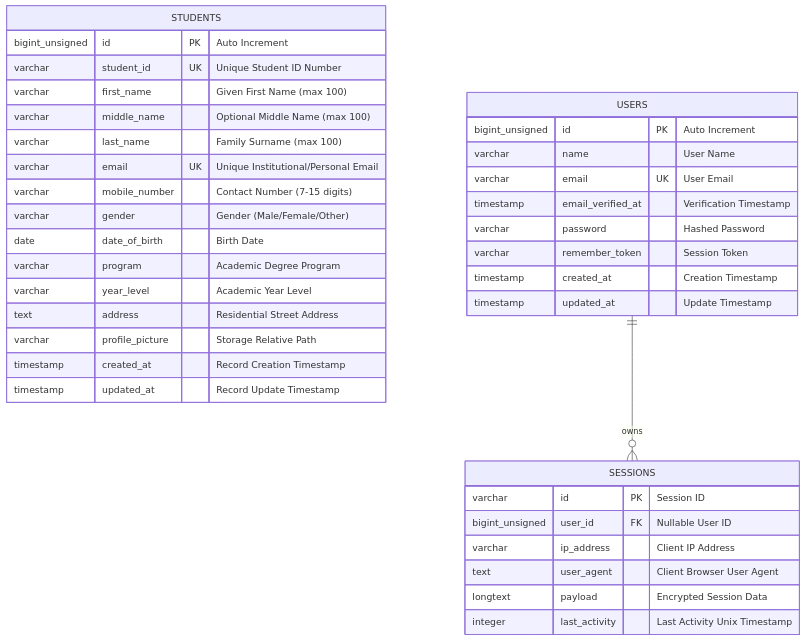
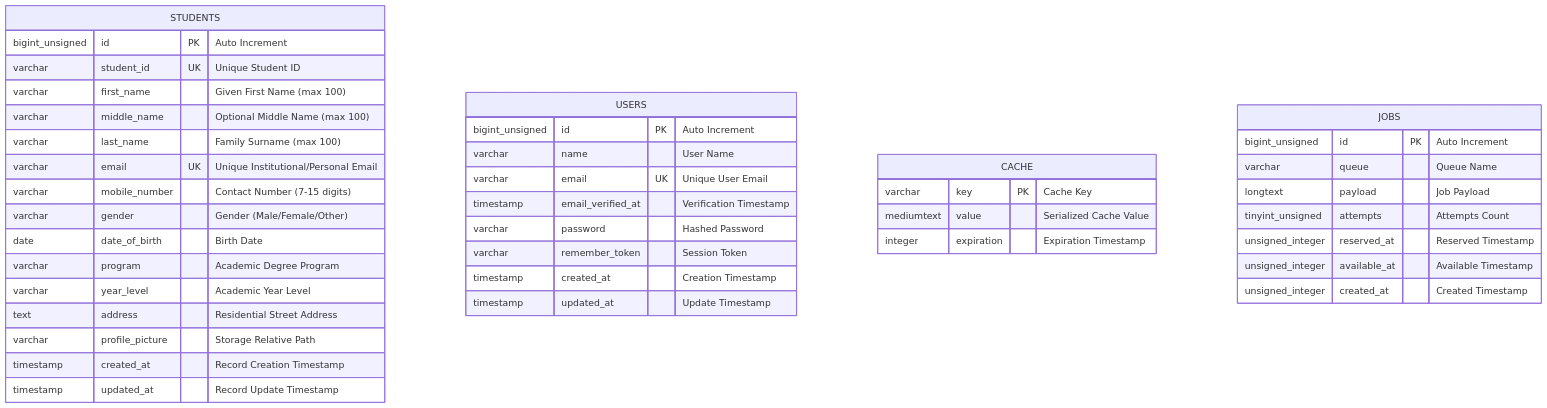
One commit to justinplantilla/mp03-student-registration-system changed the diagram in documentation/DATABASE_ERD.md. Above: the diagram before and after it, drawn with Mermaid. The commit also changed other lines of this file and 10 other files, not shown here.

````diff
--- a/documentation/DATABASE_ERD.md
+++ b/documentation/DATABASE_ERD.md
@@ -7,42 +7,47 @@
 ```mermaid
 erDiagram
     STUDENTS {
         bigint_unsigned id PK "Auto Increment"
-        varchar student_id UK "Unique Student ID Number"
+        varchar student_id UK "Unique Student ID"
         varchar first_name "Given First Name (max 100)"
         varchar middle_name "Optional Middle Name (max 100)"
         varchar last_name "Family Surname (max 100)"
         varchar email UK "Unique Institutional/Personal Email"
         varchar mobile_number "Contact Number (7-15 digits)"
         varchar gender "Gender (Male/Female/Other)"
         date date_of_birth "Birth Date"
         varchar program "Academic Degree Program"
         varchar year_level "Academic Year Level"
         text address "Residential Street Address"
         varchar profile_picture "Storage Relative Path"
         timestamp created_at "Record Creation Timestamp"
         timestamp updated_at "Record Update Timestamp"
     }
 
     USERS {
         bigint_unsigned id PK "Auto Increment"
         varchar name "User Name"
-        varchar email UK "User Email"
+        varchar email UK "Unique User Email"
         timestamp email_verified_at "Verification Timestamp"
         varchar password "Hashed Password"
         varchar remember_token "Session Token"
         timestamp created_at "Creation Timestamp"
         timestamp updated_at "Update Timestamp"
     }
 
-    SESSIONS {
-        varchar id PK "Session ID"
-        bigint_unsigned user_id FK "Nullable User ID"
-        varchar ip_address "Client IP Address"
-        text user_agent "Client Browser User Agent"
-        longtext payload "Encrypted Session Data"
-        integer last_activity "Last Activity Unix Timestamp"
+    CACHE {
+        varchar key PK "Cache Key"
+        mediumtext value "Serialized Cache Value"
+        integer expiration "Expiration Timestamp"
     }
 
-    USERS ||--o{ SESSIONS : "owns"
+    JOBS {
+        bigint_unsigned id PK "Auto Increment"
+        varchar queue "Queue Name"
+        longtext payload "Job Payload"
+        tinyint_unsigned attempts "Attempts Count"
+        unsigned_integer reserved_at "Reserved Timestamp"
+        unsigned_integer available_at "Available Timestamp"
+        unsigned_integer created_at "Created Timestamp"
+    }
 ```
````
